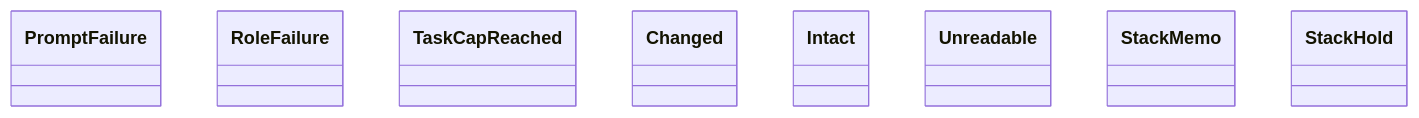
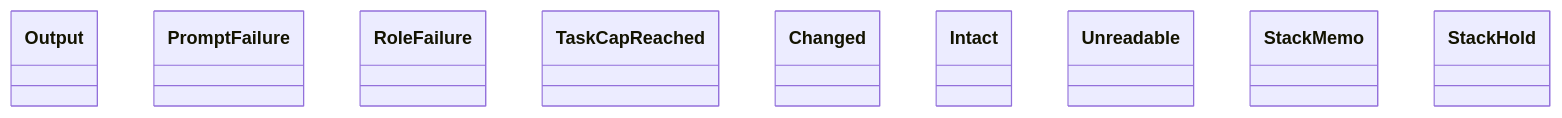
Before and after one commit to GonzaloZevallos/agentic-system: the diagram in docs/architecture/generated/classes-process-application-support-8.md, drawn with Mermaid. The commit also changed other lines of this file and 21 other files, not shown here.

````diff
--- a/docs/architecture/generated/classes-process-application-support-8.md
+++ b/docs/architecture/generated/classes-process-application-support-8.md
@@ -20,11 +20,12 @@
 ```mermaid
 classDiagram
+    class run_role__Output["Output"]
     class run_role__PromptFailure["PromptFailure"]
     class run_role__RoleFailure["RoleFailure"]
     class run_role__TaskCapReached["TaskCapReached"]
     class spec_guard__Changed["Changed"]
     class spec_guard__Intact["Intact"]
     class spec_guard__Unreadable["Unreadable"]
     class stack_facts__StackMemo["StackMemo"]
     class stack_hold__StackHold["StackHold"]
 ```
````
